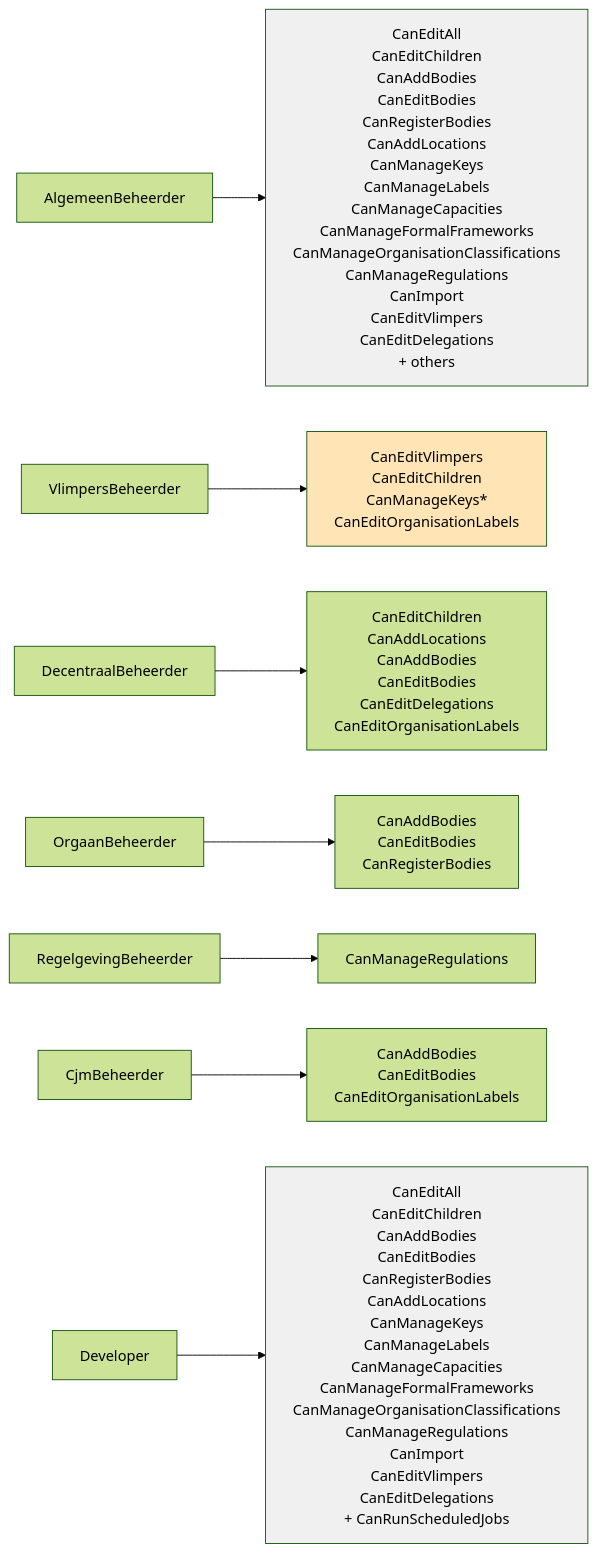
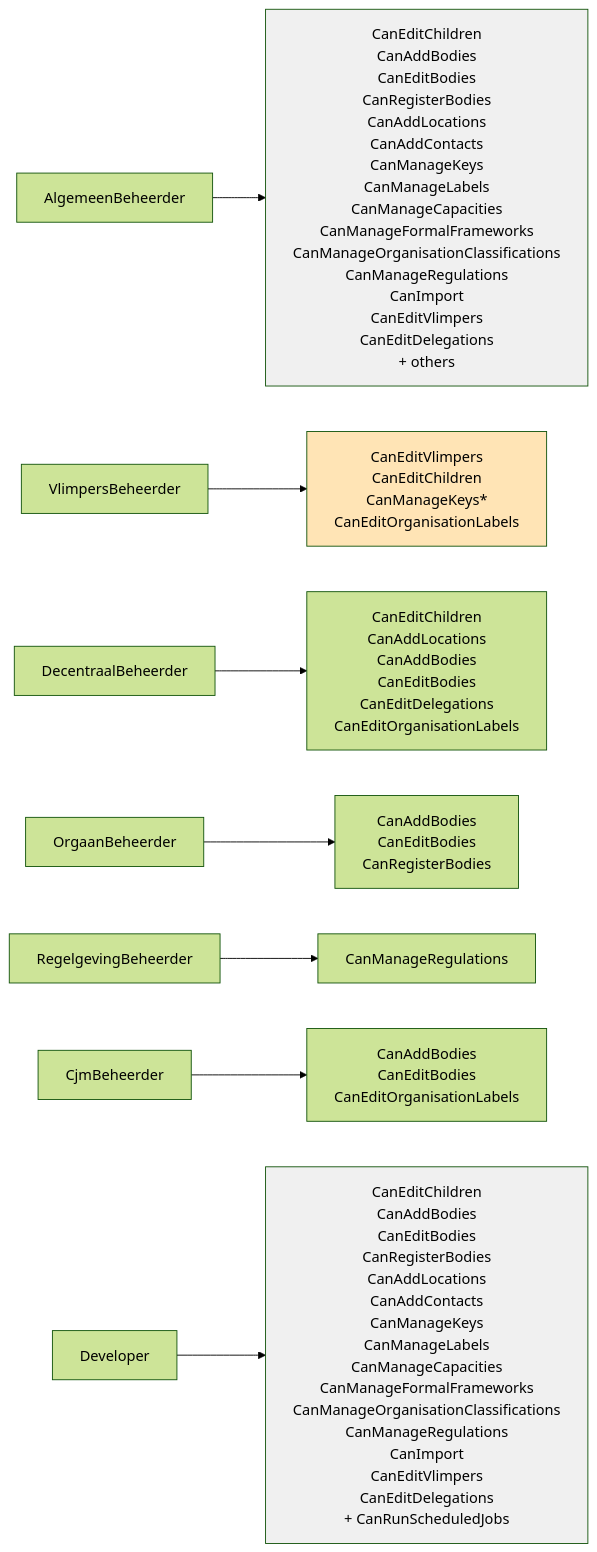
The third of 7 diagrams in specs/009-permission-based-authz/security-architecture.md (Informatievlaanderen/organisation-registry), drawn with Mermaid (forest theme) before and after one commit. The commit also changed other lines of this file and 2 other files, not shown here.

Commit message:
docs: or-3296 scrub stale CanEditAll retained claims from 009 spec

````diff
--- a/specs/009-permission-based-authz/security-architecture.md
+++ b/specs/009-permission-based-authz/security-architecture.md
@@ -164,16 +163,16 @@
 ```mermaid
 graph LR
-    AB[AlgemeenBeheerder] --> P_AB["CanEditAll<br/>CanEditChildren<br/>CanAddBodies<br/>CanEditBodies<br/>CanRegisterBodies<br/>CanAddLocations<br/>CanManageKeys<br/>CanManageLabels<br/>CanManageCapacities<br/>CanManageFormalFrameworks<br/>CanManageOrganisationClassifications<br/>CanManageRegulations<br/>CanImport<br/>CanEditVlimpers<br/>CanEditDelegations<br/>+ others"]
+    AB[AlgemeenBeheerder] --> P_AB["CanEditChildren<br/>CanAddBodies<br/>CanEditBodies<br/>CanRegisterBodies<br/>CanAddLocations<br/>CanAddContacts<br/>CanManageKeys<br/>CanManageLabels<br/>CanManageCapacities<br/>CanManageFormalFrameworks<br/>CanManageOrganisationClassifications<br/>CanManageRegulations<br/>CanImport<br/>CanEditVlimpers<br/>CanEditDelegations<br/>+ others"]
     VB[VlimpersBeheerder] --> P_V["CanEditVlimpers<br/>CanEditChildren<br/>CanManageKeys*<br/>CanEditOrganisationLabels"]
     DB[DecentraalBeheerder] --> P_D["CanEditChildren<br/>CanAddLocations<br/>CanAddBodies<br/>CanEditBodies<br/>CanEditDelegations<br/>CanEditOrganisationLabels"]
     OB[OrgaanBeheerder] --> P_O["CanAddBodies<br/>CanEditBodies<br/>CanRegisterBodies"]
     RB[RegelgevingBeheerder] --> P_R["CanManageRegulations"]
     CJM[CjmBeheerder] --> P_C["CanAddBodies<br/>CanEditBodies<br/>CanEditOrganisationLabels"]
-    DEV[Developer] --> P_DEV["CanEditAll<br/>CanEditChildren<br/>CanAddBodies<br/>CanEditBodies<br/>CanRegisterBodies<br/>CanAddLocations<br/>CanManageKeys<br/>CanManageLabels<br/>CanManageCapacities<br/>CanManageFormalFrameworks<br/>CanManageOrganisationClassifications<br/>CanManageRegulations<br/>CanImport<br/>CanEditVlimpers<br/>CanEditDelegations<br/>+ CanRunScheduledJobs"]
+    DEV[Developer] --> P_DEV["CanEditChildren<br/>CanAddBodies<br/>CanEditBodies<br/>CanRegisterBodies<br/>CanAddLocations<br/>CanAddContacts<br/>CanManageKeys<br/>CanManageLabels<br/>CanManageCapacities<br/>CanManageFormalFrameworks<br/>CanManageOrganisationClassifications<br/>CanManageRegulations<br/>CanImport<br/>CanEditVlimpers<br/>CanEditDelegations<br/>+ CanRunScheduledJobs"]
 
     classDef restricted fill:#ffe4b5
     classDef note fill:#f0f0f0
     class P_V restricted
     class P_AB note
     class P_DEV note
 ```
````
